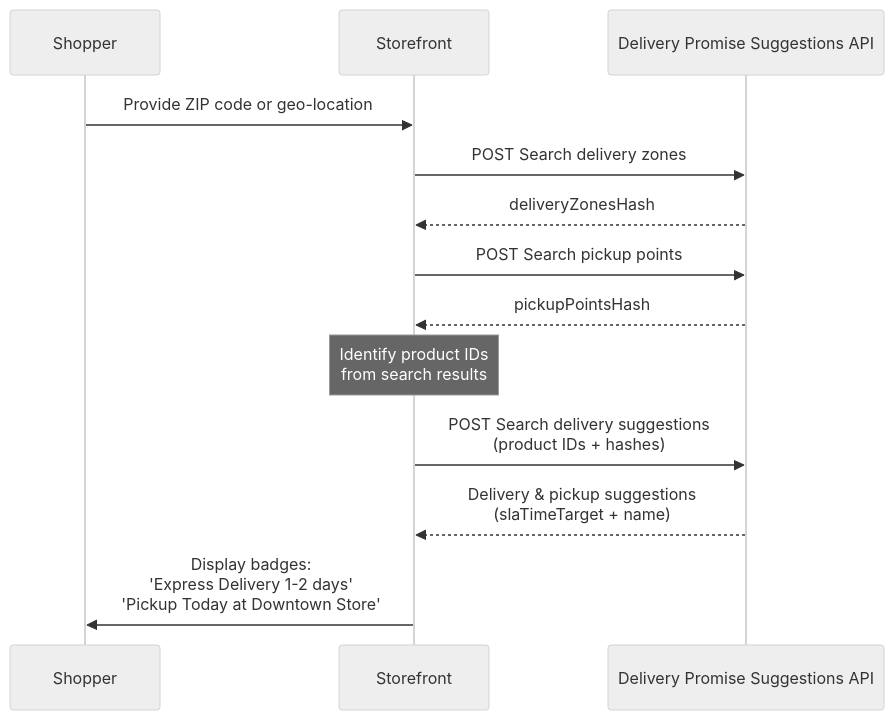
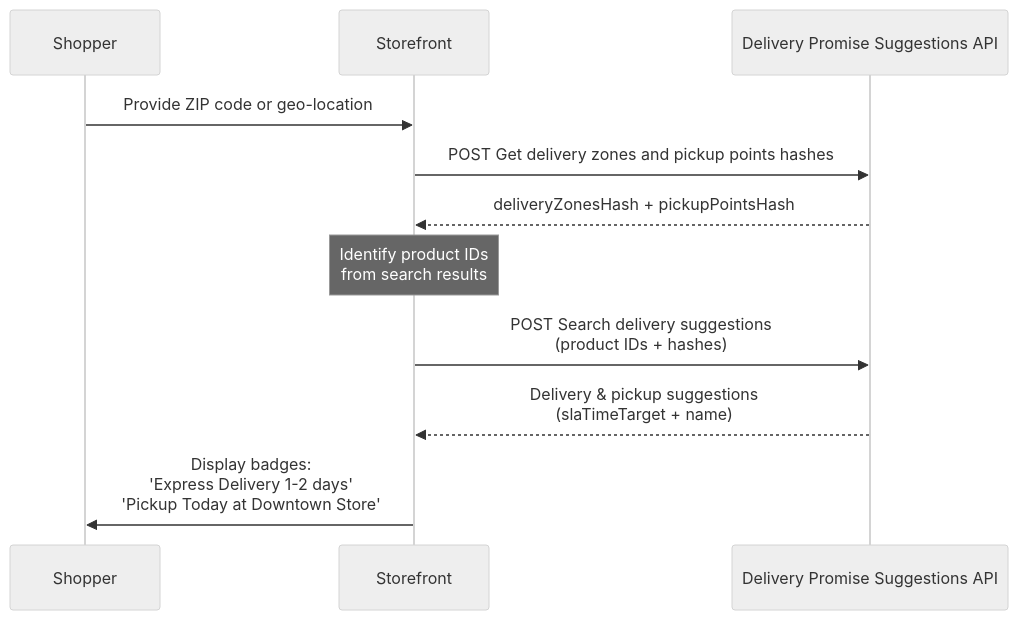
The diagram in docs/guides/Logistics/delivery-promise-suggestions-api-headless-integration.md (vtexdocs/dev-portal-content), drawn with Mermaid (neutral theme) before and after one commit. The commit also changed 3 other files, not shown here.

First line of the commit message:
docs: point delivery promise hash guides to new centralized endpoint

````diff
--- a/docs/guides/Logistics/delivery-promise-suggestions-api-headless-integration.md
+++ b/docs/guides/Logistics/delivery-promise-suggestions-api-headless-integration.md
@@ -78,17 +78,15 @@
 ```mermaid
 sequenceDiagram
     participant Shopper
     participant Storefront
     participant Delivery Promise Suggestions API
 
     
     Shopper->>Storefront: Provide ZIP code or geo-location
-    Storefront->>Delivery Promise Suggestions API: POST Search delivery zones
-    Delivery Promise Suggestions API-->>Storefront: deliveryZonesHash
-    Storefront->>Delivery Promise Suggestions API: POST Search pickup points
-    Delivery Promise Suggestions API-->>Storefront: pickupPointsHash
+    Storefront->>Delivery Promise Suggestions API: POST Get delivery zones and pickup points hashes
+    Delivery Promise Suggestions API-->>Storefront: deliveryZonesHash + pickupPointsHash
     Note over Storefront: Identify product IDs<br/>from search results
     Storefront->>Delivery Promise Suggestions API: POST Search delivery suggestions<br/>(product IDs + hashes)
     Delivery Promise Suggestions API-->>Storefront: Delivery & pickup suggestions<br/>(slaTimeTarget + name)
     Storefront->>Shopper: Display badges:<br/>'Express Delivery 1-2 days'<br/>'Pickup Today at Downtown Store'
 ```
````
